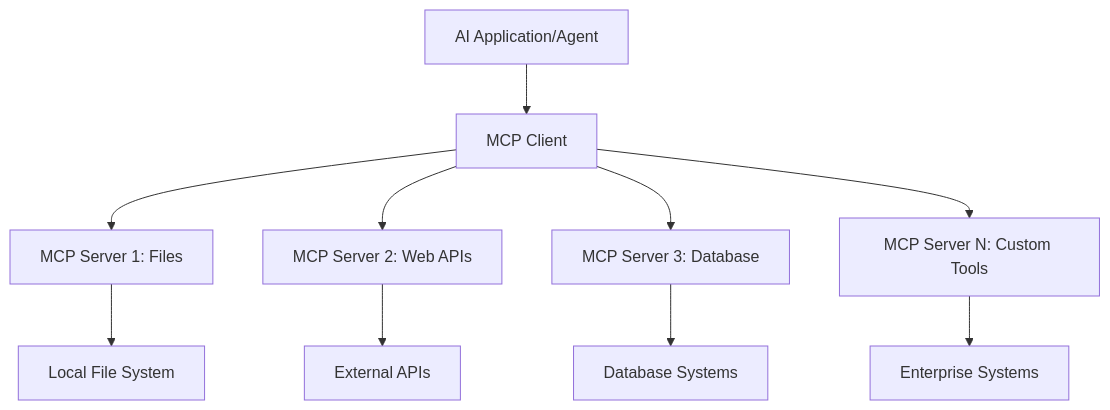
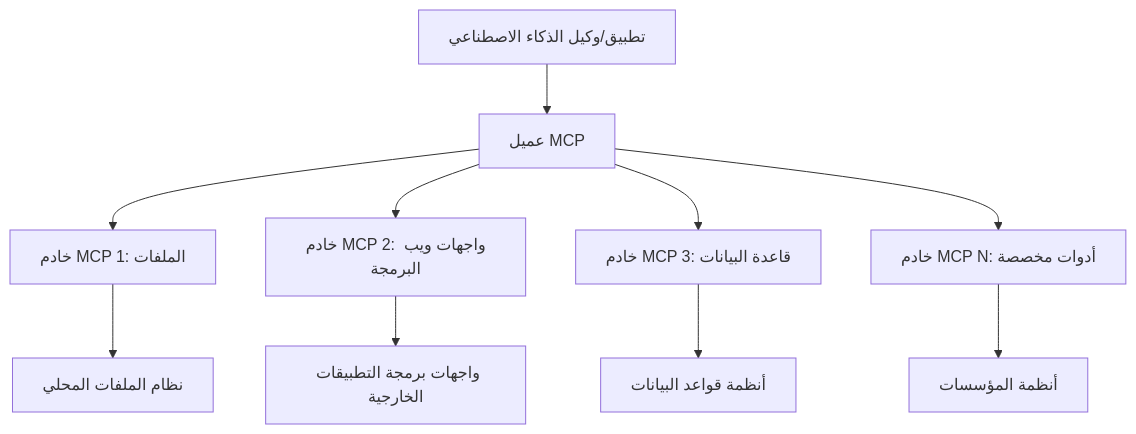
The diagram in mcp_ecosystem__model_context_protocol/mcp_learning_resources/mcp-for-beginners/translations/ar/10-StreamliningAIWorkflowsBuildingAnMCPServerWithAIToolkit/lab2/README.md (HIDORAKAI002/ai-workspace-archive), drawn with Mermaid before and after one commit. The commit also changed other lines of this file and 1539 other files, not shown here.

````diff
--- a/mcp_ecosystem__model_context_protocol/mcp_learning_resources/mcp-for-beginners/translations/ar/10-StreamliningAIWorkflowsBuildingAnMCPServerWithAIToolkit/lab2/README.md
+++ b/mcp_ecosystem__model_context_protocol/mcp_learning_resources/mcp-for-beginners/translations/ar/10-StreamliningAIWorkflowsBuildingAnMCPServerWithAIToolkit/lab2/README.md
@@ -51,13 +51,13 @@
 ```mermaid
 graph TB
-    A[AI Application/Agent] --> B[MCP Client]
-    B --> C[MCP Server 1: Files]
-    B --> D[MCP Server 2: Web APIs]
-    B --> E[MCP Server 3: Database]
-    B --> F[MCP Server N: Custom Tools]
+    A[تطبيق/وكيل الذكاء الاصطناعي] --> B[عميل MCP]
+    B --> C[خادم MCP 1: الملفات]
+    B --> D[خادم MCP 2: واجهات ويب البرمجة]
+    B --> E[خادم MCP 3: قاعدة البيانات]
+    B --> F[خادم MCP N: أدوات مخصصة]
     
-    C --> G[Local File System]
-    D --> H[External APIs]
-    E --> I[Database Systems]
-    F --> J[Enterprise Systems]
+    C --> G[نظام الملفات المحلي]
+    D --> H[واجهات برمجة التطبيقات الخارجية]
+    E --> I[أنظمة قواعد البيانات]
+    F --> J[أنظمة المؤسسات]
 ```
````
